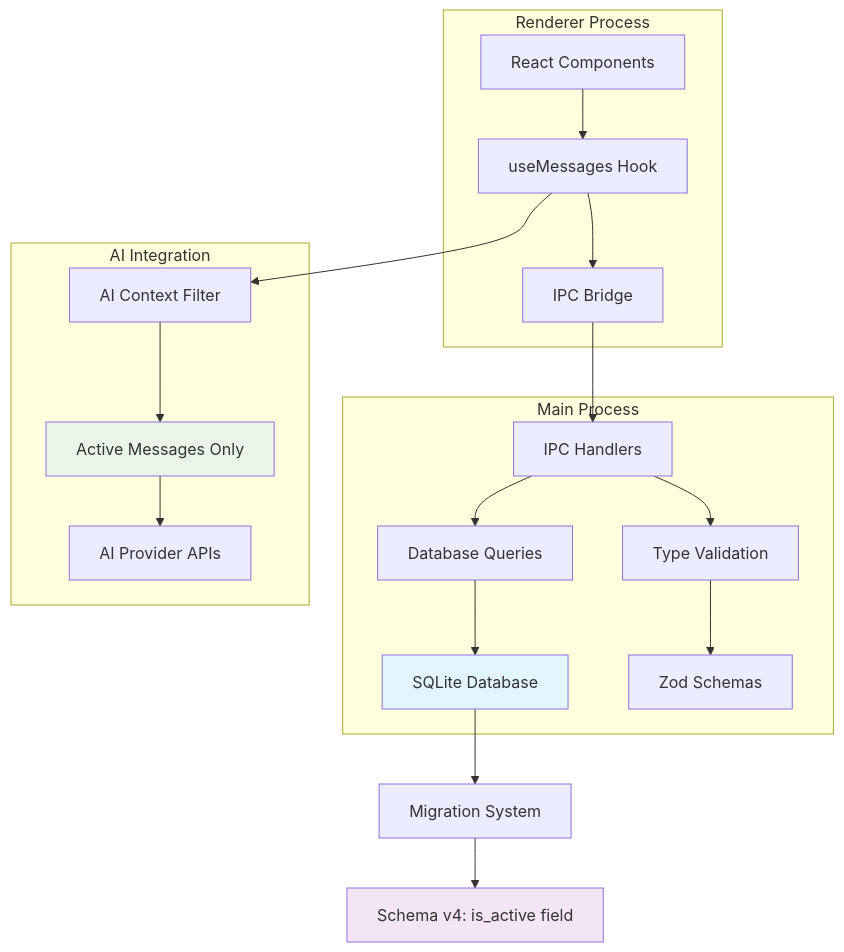
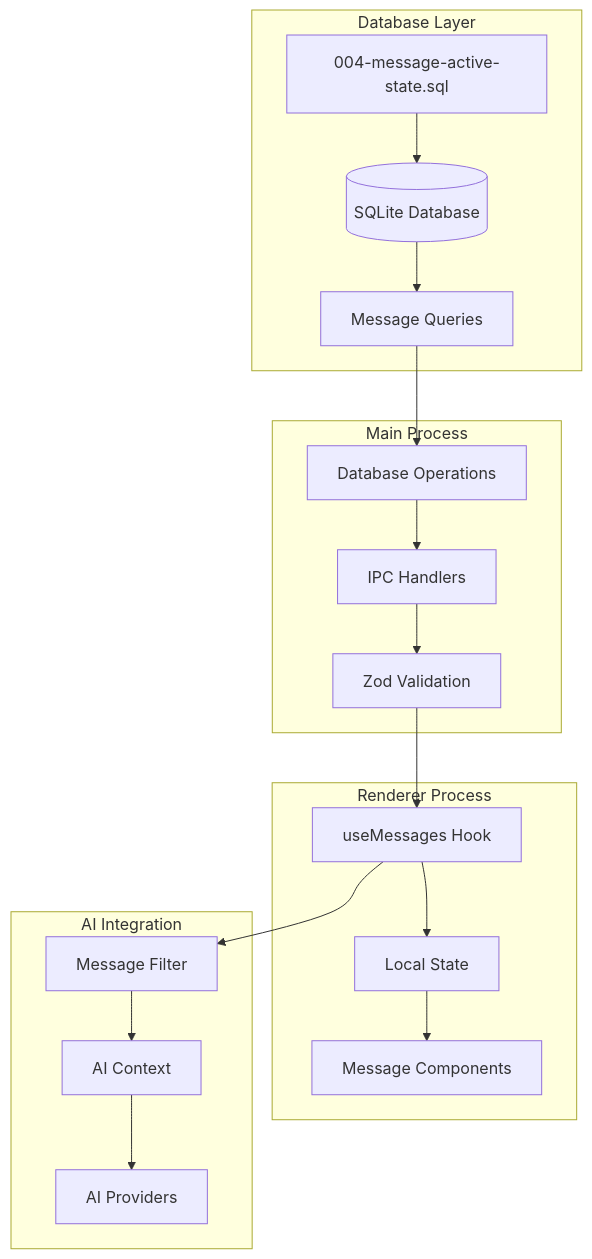
One commit to langadventurellc/fishbowl changed the first of 3 diagrams in .tasks/phase-1.2.1/20250711-message-active-state-tasks.md. Above: the diagram before and after it, drawn with Mermaid. The commit also changed other lines of this file and 1 other file, not shown here.

````diff
--- a/.tasks/phase-1.2.1/20250711-message-active-state-tasks.md
+++ b/.tasks/phase-1.2.1/20250711-message-active-state-tasks.md
@@ -12,28 +12,38 @@
 ```mermaid
 graph TB
-    subgraph "Renderer Process"
-        A[React Components] --> B[useMessages Hook]
-        B --> C[IPC Bridge]
+    subgraph "Database Layer"
+        DB[(SQLite Database)]
+        Migration[004-message-active-state.sql]
+        Queries[Message Queries]
     end
 
     subgraph "Main Process"
-        C --> D[IPC Handlers]
-        D --> E[Database Queries]
-        E --> F[SQLite Database]
-        D --> G[Type Validation]
-        G --> H[Zod Schemas]
+        IPC[IPC Handlers]
+        Validation[Zod Validation]
+        Operations[Database Operations]
+    end
+
+    subgraph "Renderer Process"
+        Hooks[useMessages Hook]
+        State[Local State]
+        UI[Message Components]
     end
 
     subgraph "AI Integration"
-        B --> I[AI Context Filter]
-        I --> J[Active Messages Only]
-        J --> K[AI Provider APIs]
+        Filter[Message Filter]
+        Context[AI Context]
+        Providers[AI Providers]
     end
 
-    F --> L[Migration System]
-    L --> M[Schema v4: is_active field]
-
-    style F fill:#e1f5fe
-    style M fill:#f3e5f5
-    style J fill:#e8f5e8
+    Migration --> DB
+    DB --> Queries
+    Queries --> Operations
+    Operations --> IPC
+    IPC --> Validation
+    Validation --> Hooks
+    Hooks --> State
+    State --> UI
+    Hooks --> Filter
+    Filter --> Context
+    Context --> Providers
 ```
````
